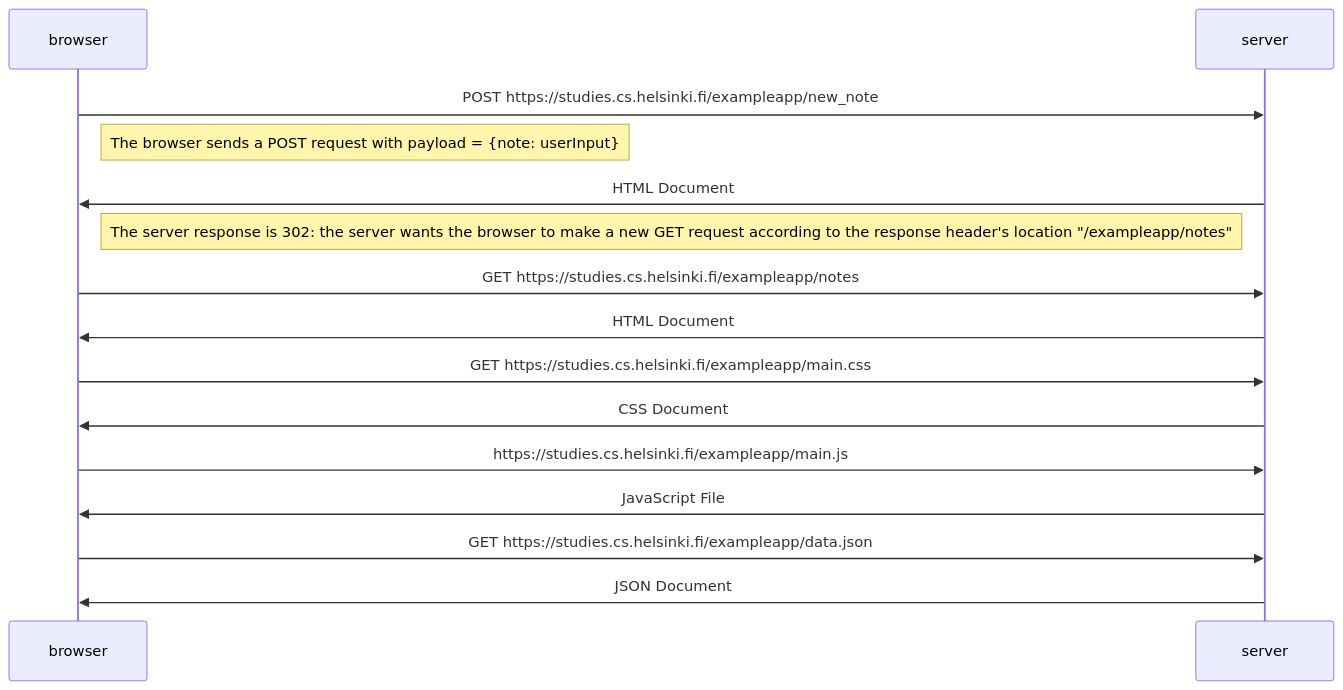
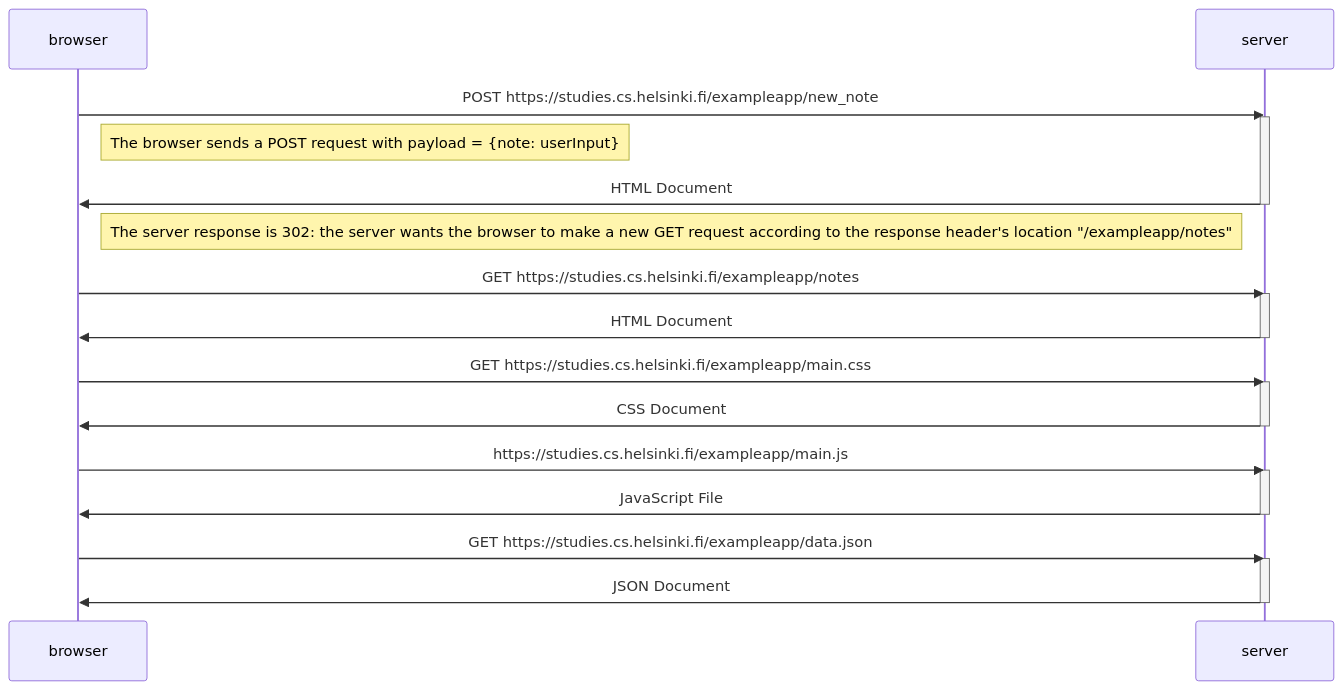
One commit to gionti97/fullstackopen changed the diagram in part0/exercise0.4.md. Above: the diagram before and after it, drawn with Mermaid.

````diff
--- a/part0/exercise0.4.md
+++ b/part0/exercise0.4.md
@@ -5,22 +5,32 @@
 ```mermaid
 sequenceDiagram
     participant browser
     participant server
 
     browser->>server: POST https://studies.cs.helsinki.fi/exampleapp/new_note
+    activate server
     Note right of browser: The browser sends a POST request with payload = {note: userInput}
     server->>browser: HTML Document
+    deactivate server
     Note left of server: The server response is 302: the server wants the browser to make a new GET request according to the response header's location "/exampleapp/notes"
 
     browser->>server: GET https://studies.cs.helsinki.fi/exampleapp/notes
+    activate server
     server->>browser: HTML Document
+    deactivate server
 
     browser->>server: GET https://studies.cs.helsinki.fi/exampleapp/main.css
+    activate server
     server->>browser: CSS Document
+    deactivate server
 
     browser->>server: https://studies.cs.helsinki.fi/exampleapp/main.js
+    activate server
     server->>browser: JavaScript File
-    
+    deactivate server
+
     browser->>server: GET https://studies.cs.helsinki.fi/exampleapp/data.json
+    activate server
     server->>browser: JSON Document
+    deactivate server
 ```
````
